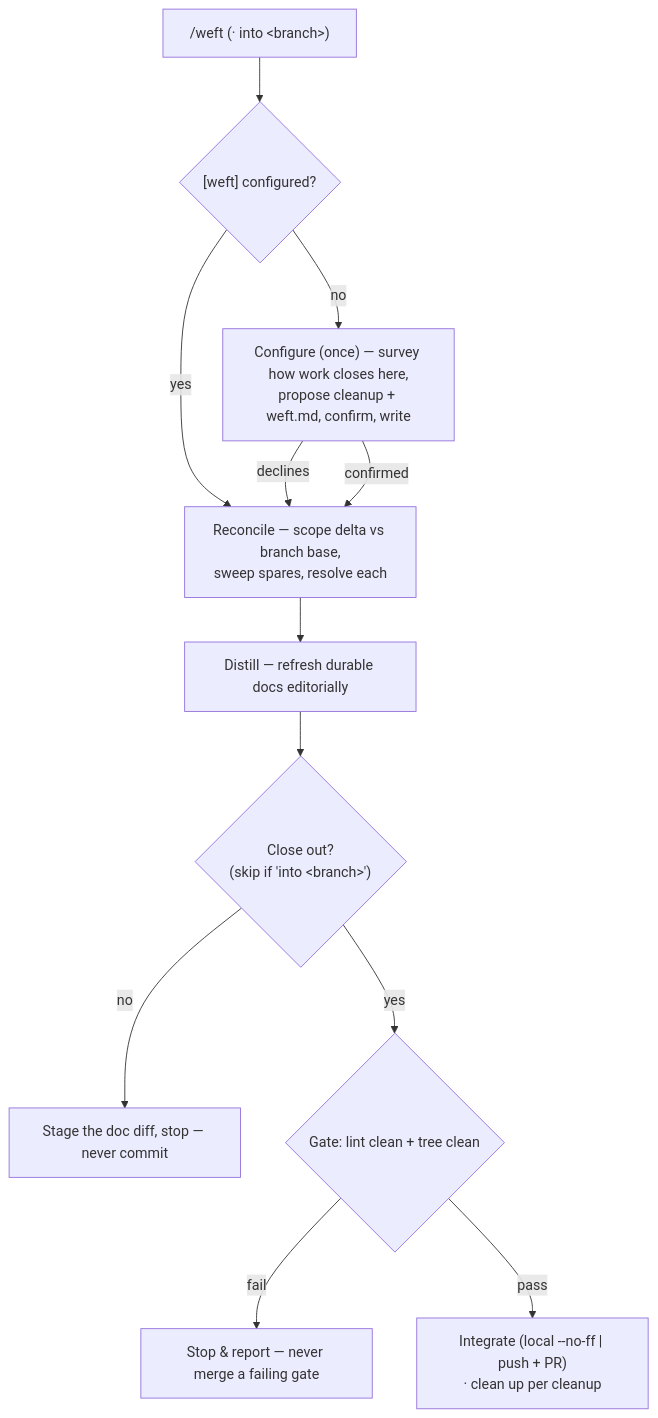
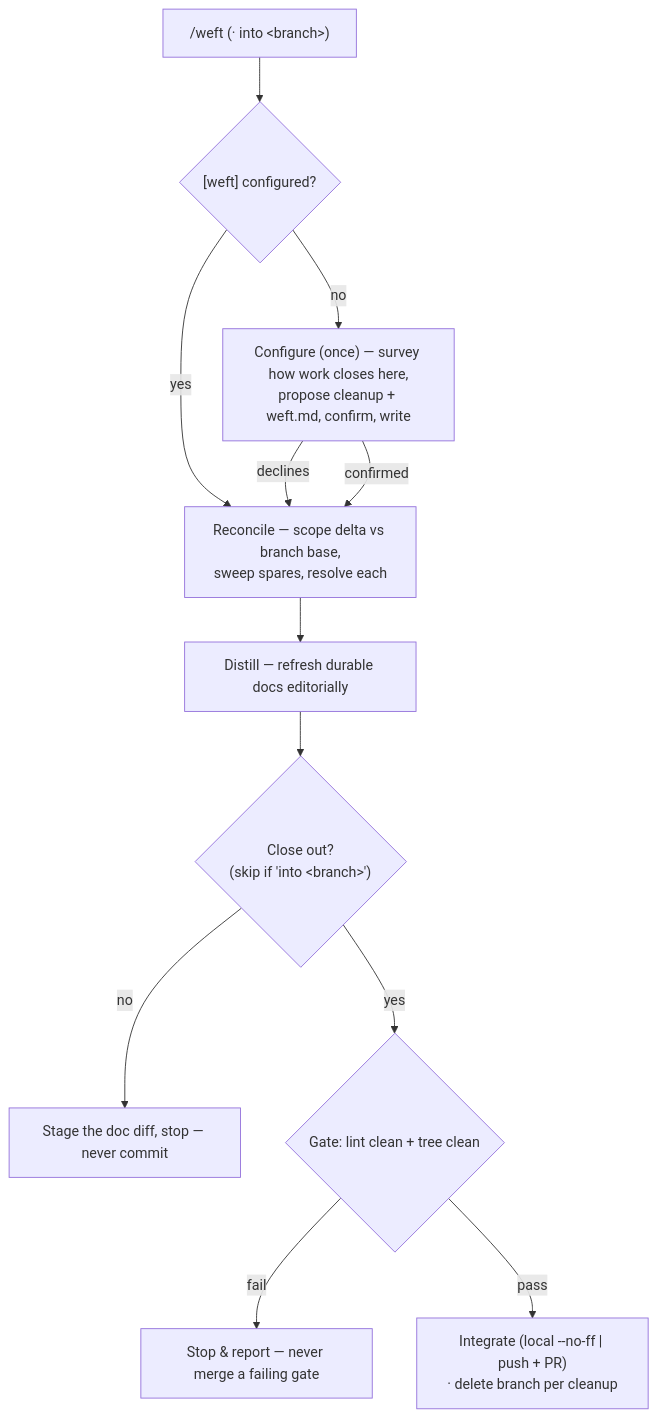
Before and after one commit to ZPerrin/loom: the diagram in skills/weft/SKILL.md, drawn with Mermaid. The commit also changed other lines of this file and 2 other files, not shown here.

First line of the commit message:
fix(weft): scope cleanup to the branch — the worktree is the harness's

````diff
--- a/skills/weft/SKILL.md
+++ b/skills/weft/SKILL.md
@@ -23,14 +23,14 @@
 ```mermaid
 flowchart TD
     inv["/weft  (· into &lt;branch&gt;)"] --> cfg{"[weft] configured?"}
     cfg -->|no| conf["Configure (once) — survey how work closes here,<br/>propose cleanup + weft.md, confirm, write"]
     cfg -->|yes| recon["Reconcile — scope delta vs branch base,<br/>sweep spares, resolve each"]
     conf -->|declines| recon
     conf -->|confirmed| recon
     recon --> distill["Distill — refresh durable docs editorially"]
     distill --> ask{"Close out?<br/>(skip if 'into &lt;branch&gt;')"}
     ask -->|no| stop["Stage the doc diff, stop — never commit"]
     ask -->|yes| gate{"Gate: lint clean + tree clean"}
     gate -->|fail| stop2["Stop &amp; report — never merge a failing gate"]
-    gate -->|pass| close["Integrate (local --no-ff | push + PR)<br/>· clean up per cleanup"]
+    gate -->|pass| close["Integrate (local --no-ff | push + PR)<br/>· delete branch per cleanup"]
 ```
````
